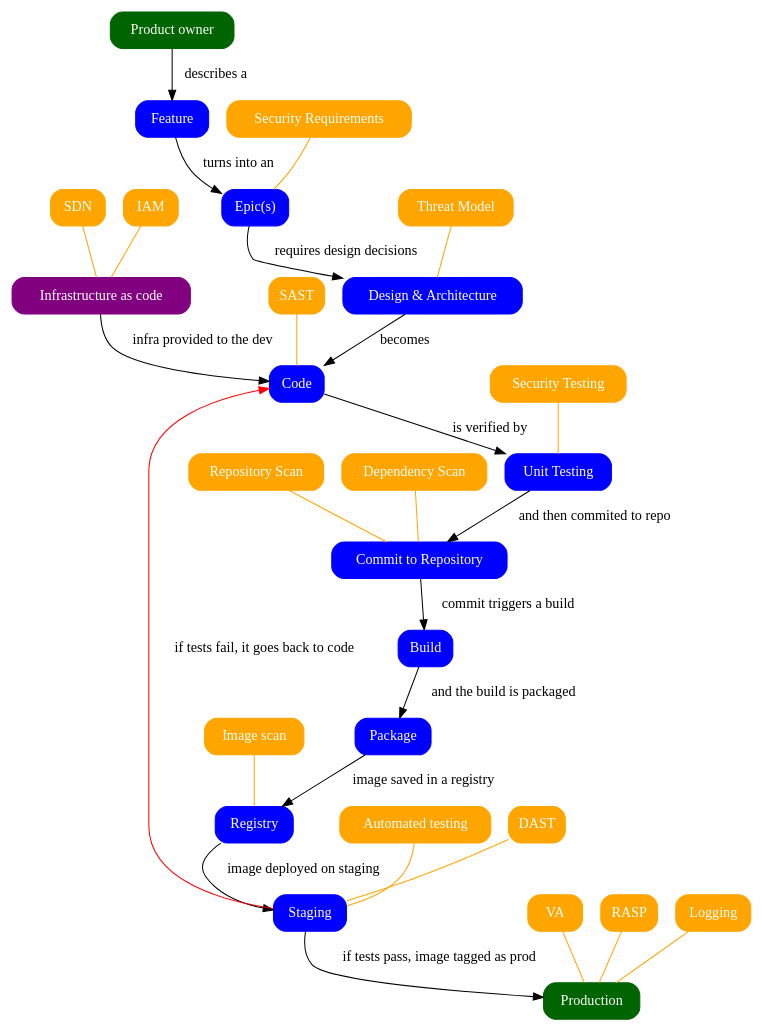
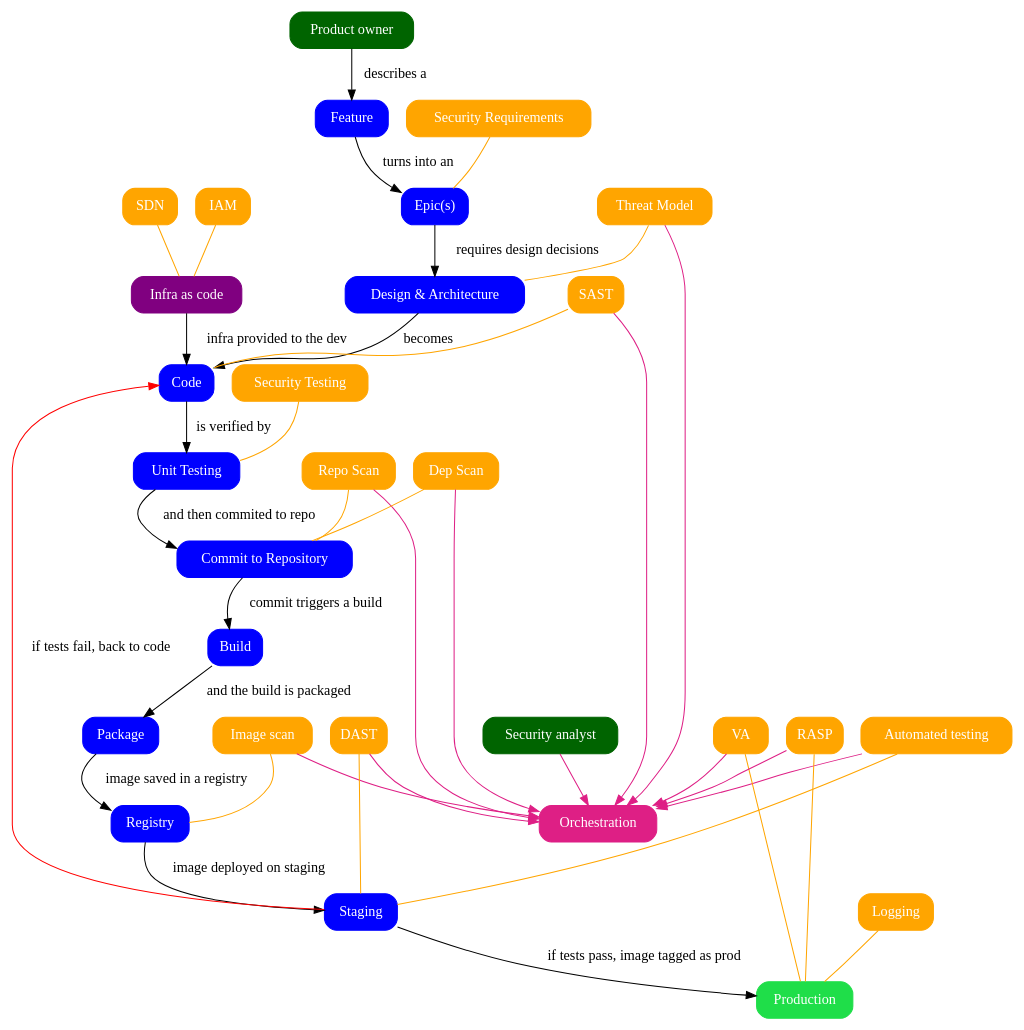
Before and after one commit to dstergiou/workflow: the diagram in AppSec.dot, drawn with Graphviz.

Commit message:
Break file into sections

```diff
--- a/AppSec.dot
+++ b/AppSec.dot
@@ -1,219 +1,95 @@
 digraph {
     fontname = "Calibri";
-    product_owner[
-        shape=box, 
-        style="rounded,filled", 
-        color=darkgreen, 
-        fontcolor=white,
-        label="Product owner"];
-        
-    feature[
-        shape=box, 
-        style="rounded,filled", 
-        color=blue, 
-        fontcolor=white,
-        label="Feature";
-    ]
-    epic[
-        shape=box, 
-        style="rounded,filled", 
-        color=blue, 
-        fontcolor=white,
-        label="Epic(s)";
-    ]
-    security_requirements[
-        shape=Mrecord, 
-        style="rounded,filled", 
-        color=orange, 
-        fontcolor=white,
-        label="Security Requirements";
-    ]
-    design[
-        shape=box, 
-        style="rounded,filled", 
-        color=blue, 
-        fontcolor=white,
-        label="Design & Architecture";
-    ]
-    threat_model[
-        shape=box, 
-        style="rounded,filled", 
-        color=orange, 
-        fontcolor=white,
-        label="Threat Model";
-    ]
-    code[
-        shape=box, 
-        style="rounded,filled", 
-        color=blue, 
-        fontcolor=white,
-        label="Code";
-    ]
-    sast[
-        shape=box, 
-        style="rounded,filled", 
-        color=orange, 
-        fontcolor=white,
-        label="SAST";
-    ]
-    infrastructure_as_code[
-        shape=box, 
-        style="rounded,filled", 
-        color=purple, 
-        fontcolor=white,
-        label="Infrastructure as code";
-    ]
-    access_management[
-        shape=box, 
-        style="rounded,filled", 
-        color=orange, 
-        fontcolor=white,
-        label="IAM";
-    ]
-    network_segregation[
-        shape=box, 
-        style="rounded,filled", 
-        color=orange, 
-        fontcolor=white,
-        label="SDN";
-    ]
-    unit_testing[
-        shape=box, 
-        style="rounded,filled", 
-        color=blue, 
-        fontcolor=white,
-        label="Unit Testing";
-    ]
-    security_testing[
-        shape=box, 
-        style="rounded,filled", 
-        color=orange, 
-        fontcolor=white,
-        label="Security Testing";
-    ]
-    commit[
-        shape=box, 
-        style="rounded,filled", 
-        color=blue, 
-        fontcolor=white,
-        label="Commit to Repository";
-    ]
-    repository_check[
-        shape=box, 
-        style="rounded,filled", 
-        color=orange, 
-        fontcolor=white,
-        label="Repository Scan";
-    ]
-    build[
-        shape=box, 
-        style="rounded,filled", 
-        color=blue, 
-        fontcolor=white,
-        label="Build";
-    ]
-    dependency_check[
-        shape=box, 
-        style="rounded,filled", 
-        color=orange, 
-        fontcolor=white,
-        label="Dependency Scan";
-    ]
-    package[
-        shape=box, 
-        style="rounded,filled", 
-        color=blue, 
-        fontcolor=white,
-        label="Package";
-    ]
-    registry[
-        shape=box, 
-        style="rounded,filled", 
-        color=blue, 
-        fontcolor=white,
-        label="Registry";
-    ]
-    image_scan[
-        shape=box, 
-        style="rounded,filled", 
-        color=orange, 
-        fontcolor=white,
-        label="Image scan";
-    ]
-    staging[
-        shape=box, 
-        style="rounded,filled", 
-        color=blue, 
-        fontcolor=white,
-        label="Staging";
-    ]
-    automated_tests[
-        shape=box, 
-        style="rounded,filled", 
-        color=orange, 
-        fontcolor=white,
-        label="Automated testing";
-    ]
-    dast[
-        shape=box, 
-        style="rounded,filled", 
-        color=orange, 
-        fontcolor=white,
-        label="DAST";
-    ]
-    production[
-        shape=box, 
-        style="rounded,filled", 
-        color=darkgreen, 
-        fontcolor=white,
-        label="Production";
-    ]
-    vulnerability_scanning[
-        shape=box, 
-        style="rounded,filled", 
-        color=orange, 
-        fontcolor=white,
-        label="VA";
-    ]
-    rasp[
-        shape=box, 
-        style="rounded,filled", 
-        color=orange, 
-        fontcolor=white,
-        label="RASP";
-    ]
-    logging[
-        shape=box, 
-        style="rounded,filled", 
-        color=orange, 
-        fontcolor=white,
-        label="Logging";
-    ]
+    node [fontcolor = white, style="rounded, filled", shape="box"]
+    
+    /* People */
+    product_owner[ color=darkgreen, label="Product owner" ]
+    security_engineer[ color=darkgreen, label="Security analyst" ]
+    
+    
+    /* DevOps elements*/
+    infrastructure_as_code[ color=purple, label="Infra as code" ]
+
+    /* Dev elements */
+    feature[ color=blue, label="Feature" ]
+    epic[ color=blue, label="Epic(s)" ]
+    design[ color=blue, label="Design & Architecture" ]
+    code[ color=blue, label="Code" ]
+    unit_testing[ color=blue, label="Unit Testing" ]
+    commit[ color=blue, label="Commit to Repository" ]
+    build[ color=blue, label="Build" ]
+    package[ color=blue, label="Package" ]
+    registry[ color=blue, label="Registry" ]
+    staging[ color=blue, label="Staging" ]
+
+    /* AppSec elements */
+    security_requirements[ color=orange, label="Security Requirements" ]
+    threat_model[ color=orange, label="Threat Model" ]
+    sast[ color=orange, label="SAST" ]
+    access_management[ color=orange, label="IAM" ]
+    network_segregation[ color=orange, label="SDN" ]
+    security_testing[ color=orange, label="Security Testing" ]
+    repository_check[ color=orange, label="Repo Scan" ]
+    dependency_check[ color=orange, label="Dep Scan" ]
+    image_scan[ color=orange, label="Image scan" ]
+    automated_tests[ color=orange, label="Automated testing" ]
+    dast[ color=orange, label="DAST" ]
+    vulnerability_scanning[ color=orange, label="VA" ]
+    rasp[ color=orange, label="RASP" ]
+    logging[ color=orange, label="Logging" ]
+
+    /* Orchestration elements*/
+    orchi [ color="#DE1F85", label="Orchestration" ]
+
+    /* End result */
+    production[ color="#1FDE49", label="Production" ]
+
+    /***************/
+    /* Connections */
+    /***************/
+
+    /* Dev pipeline */
     product_owner -> feature [label = "describes a "]
     feature -> epic [label = "turns into an"]
+    epic -> design [label = "requires design decisions"]
+    design -> code [ label = "becomes" ]
+    code -> unit_testing [ label = "is verified by" ]
+    unit_testing -> commit [ label = "and then commited to repo"]
+    commit -> build [ label = "commit triggers a build"]
+    build -> package [ label = "and the build is packaged" ]
+    package -> registry [ label = "image saved in a registry" ]
+    registry -> staging [ label = "image deployed on staging"]
+    staging -> production [label = "if tests pass, image tagged as prod"]
+    staging -> code [label = "if tests fail, back to code", color="red" ]
+
+    /* AppSec pipeline */
     security_requirements -> epic [color="orange", dir=none]
-    epic -> design [label = "requires design decisions"]
     threat_model -> design [color="orange", dir=none]
-    design -> code [ label = "becomes" ]
     sast -> code [color="orange", dir=none]
+    security_testing -> unit_testing [ color="orange", dir=none]
+    repository_check -> commit [ color="orange", dir=none]
+    dependency_check -> commit [ color="orange", dir=none]
+    image_scan -> registry [ color="orange", dir=none ]
+    automated_tests -> staging [ color="orange", dir=none]
+    dast -> staging [ color="orange", dir=none]
+    vulnerability_scanning -> production [ color="orange", dir=none]
+    rasp -> production [ color="orange", dir=none]
+    logging -> production [ color="orange", dir=none]
+
+    /* DevOps pipeline */
     infrastructure_as_code -> code [label = "infra provided to the dev"]
     access_management -> infrastructure_as_code [color="orange", dir=none]
     network_segregation -> infrastructure_as_code [color="orange", dir=none]
-    code -> unit_testing [ label = "is verified by" ]
-    security_testing -> unit_testing [ color="orange", dir=none]
-    unit_testing -> commit [ label = "and then commited to repo"]
-    repository_check -> commit [ color="orange", dir=none]
-    commit -> build [ label = "commit triggers a build"]
-    dependency_check -> commit [ color="orange", dir=none]
-    build -> package [ label = "and the build is packaged" ]
-    package -> registry [ label = "image saved in a registry" ]
-    image_scan -> registry [ color="orange", dir=none ]
-    registry -> staging [ label = "image deployed on staging"]
-    automated_tests -> staging [ color="orange", dir=none]
-    dast -> staging [ color="orange", dir=none]
-    staging -> production [label = "if tests pass, image tagged as prod"]
-    staging -> code [label = "if tests fail, it goes back to code", color="red" ]
-    vulnerability_scanning -> production [ color="orange", dir=none]
-    rasp -> production [ color="orange", dir=none]
-    logging -> production [ color="orange", dir=none]
+    
+    /* Orchestration */
+    threat_model -> orchi [ color="#DE1F85" ]
+    sast -> orchi [ color="#DE1F85" ]
+    repository_check -> orchi [ color="#DE1F85" ]
+    dependency_check -> orchi [ color="#DE1F85" ]
+    image_scan -> orchi [ color="#DE1F85" ]
+    automated_tests -> orchi [ color="#DE1F85" ]
+    dast -> orchi [ color="#DE1F85" ]
+    vulnerability_scanning -> orchi [ color="#DE1F85" ]
+    rasp -> orchi [ color="#DE1F85" ]
+    security_engineer -> orchi [ color="#DE1F85" ]
 }
```
